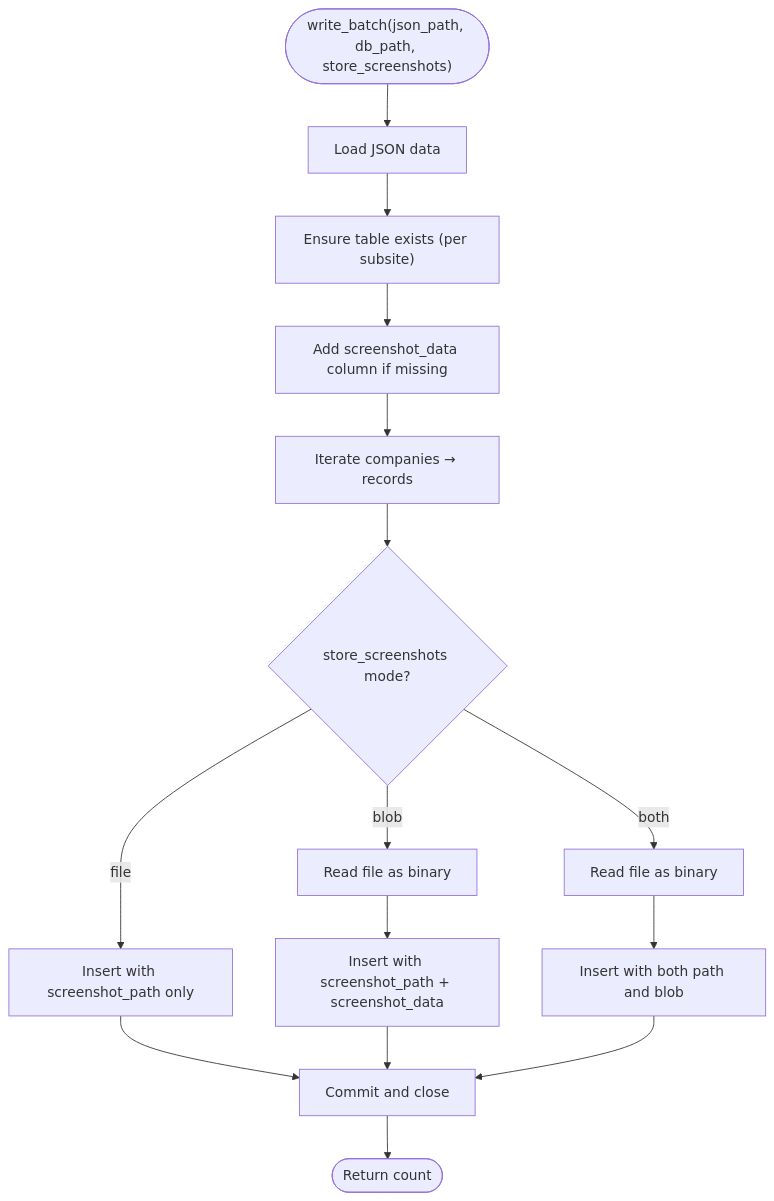
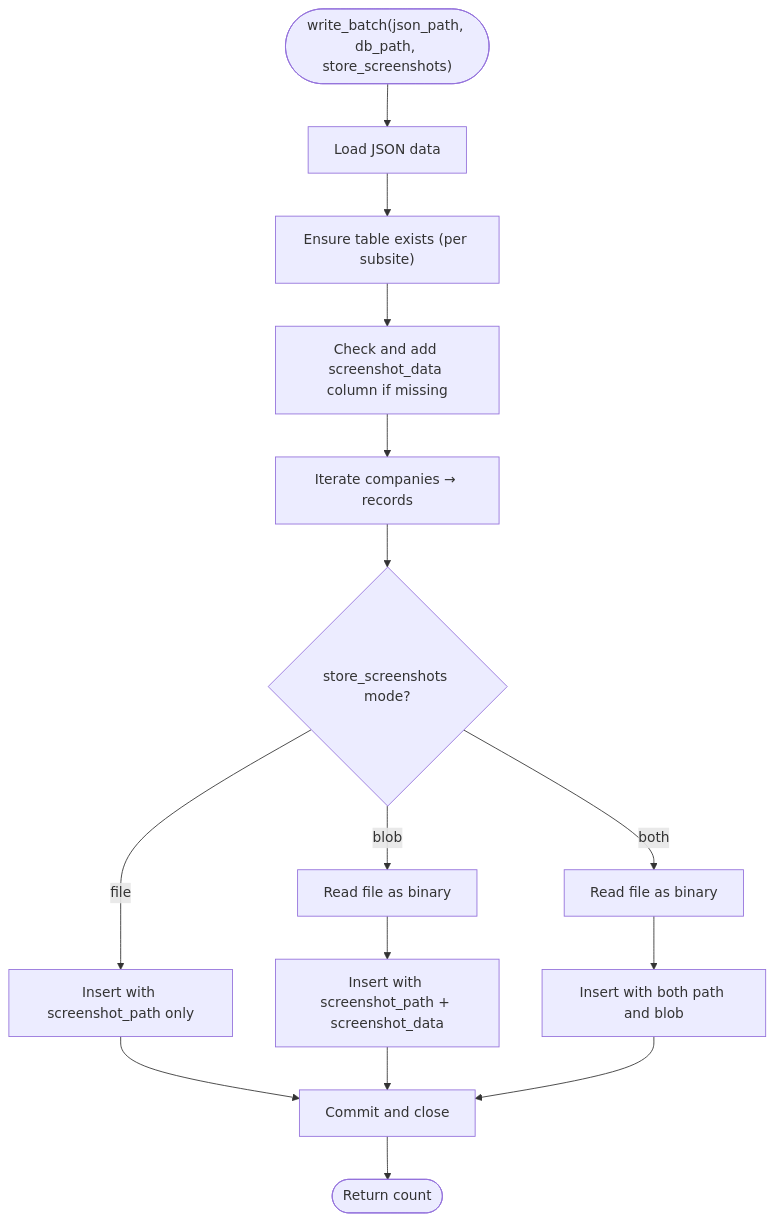
The third of 8 diagrams in .qoder/repowiki/en/content/Core Architecture/Output Generation System.md (supotato-ipj/zxgk_auto_query-skill), drawn with Mermaid before and after one commit. The commit also changed other lines of this file and 24 other files, not shown here.

````diff
--- a/.qoder/repowiki/en/content/Core Architecture/Output Generation System.md
+++ b/.qoder/repowiki/en/content/Core Architecture/Output Generation System.md
@@ -168,17 +178,17 @@
 ```mermaid
 flowchart TD
 Start(["write_batch(json_path, db_path, store_screenshots)"]) --> Load["Load JSON data"]
 Load --> BuildSchema["Ensure table exists (per subsite)"]
-BuildSchema --> Migrate["Add screenshot_data column if missing"]
+BuildSchema --> Migrate["Check and add screenshot_data column if missing"]
 Migrate --> Iterate["Iterate companies → records"]
 Iterate --> SSMode{"store_screenshots mode?"}
 SSMode --> |file| InsertFile["Insert with screenshot_path only"]
 SSMode --> |blob| ReadBlob["Read file as binary"]
 ReadBlob --> InsertBlob["Insert with screenshot_path + screenshot_data"]
 SSMode --> |both| ReadBoth["Read file as binary"]
 ReadBoth --> InsertBoth["Insert with both path and blob"]
 InsertFile --> Commit["Commit and close"]
 InsertBlob --> Commit
 InsertBoth --> Commit
 Commit --> End(["Return count"])
 ```
````
